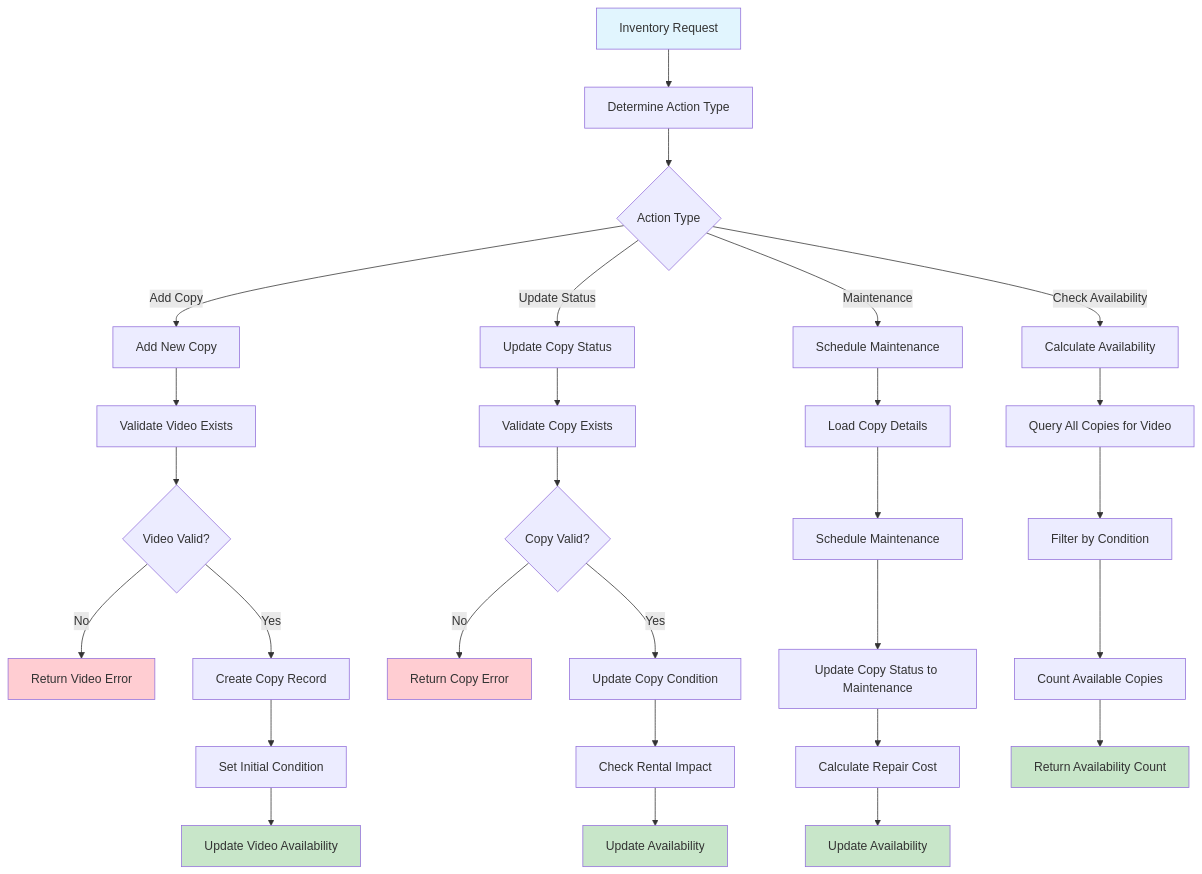
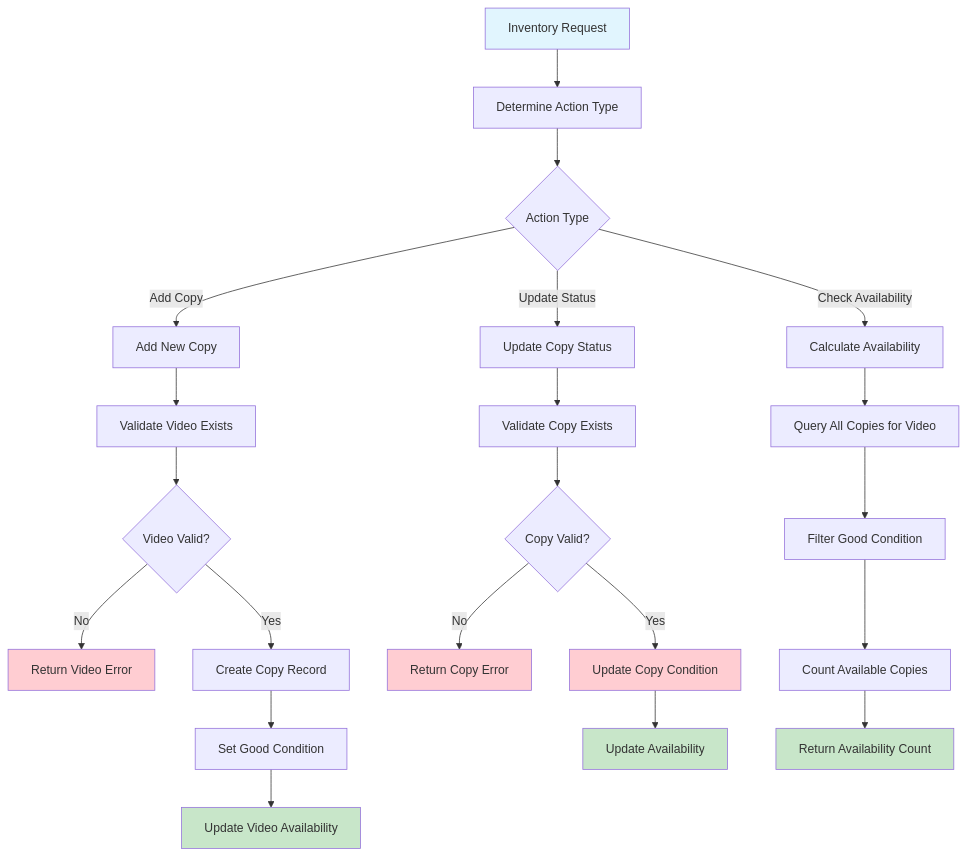
Before and after one commit to tiberius-s/video-rental-demo: the diagram in diagrams/workflows/07-inventory-management-workflow.md, drawn with Mermaid. The commit also changed other lines of this file and 18 other files, not shown here.

````diff
--- a/diagrams/workflows/07-inventory-management-workflow.md
+++ b/diagrams/workflows/07-inventory-management-workflow.md
@@ -18,46 +17,37 @@
 ```mermaid
 flowchart TD
     A[Inventory Request] --> B[Determine Action Type]
     B --> C{Action Type}
     C -->|Add Copy| D[Add New Copy]
     C -->|Update Status| E[Update Copy Status]
-    C -->|Maintenance| F[Schedule Maintenance]
-    C -->|Check Availability| G[Calculate Availability]
+    C -->|Check Availability| F[Calculate Availability]
 
     %% Add New Copy
-    D --> H[Validate Video Exists]
-    H --> I{Video Valid?}
-    I -->|No| J[Return Video Error]
-    I -->|Yes| K[Create Copy Record]
-    K --> L[Set Initial Condition]
-    L --> M[Update Video Availability]
+    D --> G[Validate Video Exists]
+    G --> H{Video Valid?}
+    H -->|No| I[Return Video Error]
+    H -->|Yes| J[Create Copy Record]
+    J --> K[Set Good Condition]
+    K --> L[Update Video Availability]
 
     %% Update Copy Status
-    E --> N[Validate Copy Exists]
-    N --> O{Copy Valid?}
-    O -->|No| P[Return Copy Error]
-    O -->|Yes| Q[Update Copy Condition]
-    Q --> R[Check Rental Impact]
-    R --> S[Update Availability]
-
-    %% Maintenance Processing
-    F --> T[Load Copy Details]
-    T --> U[Schedule Maintenance]
-    U --> V[Update Copy Status to Maintenance]
-    V --> W[Calculate Repair Cost]
-    W --> X[Update Availability]
+    E --> M[Validate Copy Exists]
+    M --> N{Copy Valid?}
+    N -->|No| O[Return Copy Error]
+    N -->|Yes| P[Update Copy Condition]
+    P --> Q[Update Availability]
 
     %% Availability Calculation
-    G --> Y[Query All Copies for Video]
-    Y --> Z[Filter by Condition]
-    Z --> AA[Count Available Copies]
-    AA --> BB[Return Availability Count]
+    F --> R[Query All Copies for Video]
+    R --> S[Filter Good Condition]
+    S --> T[Count Available Copies]
+    T --> U[Return Availability Count]
 
     style A fill:#e1f5fe
-    style M fill:#c8e6c9
-    style S fill:#c8e6c9
-    style X fill:#c8e6c9
-    style BB fill:#c8e6c9
-    style J fill:#ffcdd2
+    style L fill:#c8e6c9
+    style Q fill:#c8e6c9
+    style U fill:#c8e6c9
+    style I fill:#ffcdd2
+    style O fill:#ffcdd2
     style P fill:#ffcdd2
 ```
````
